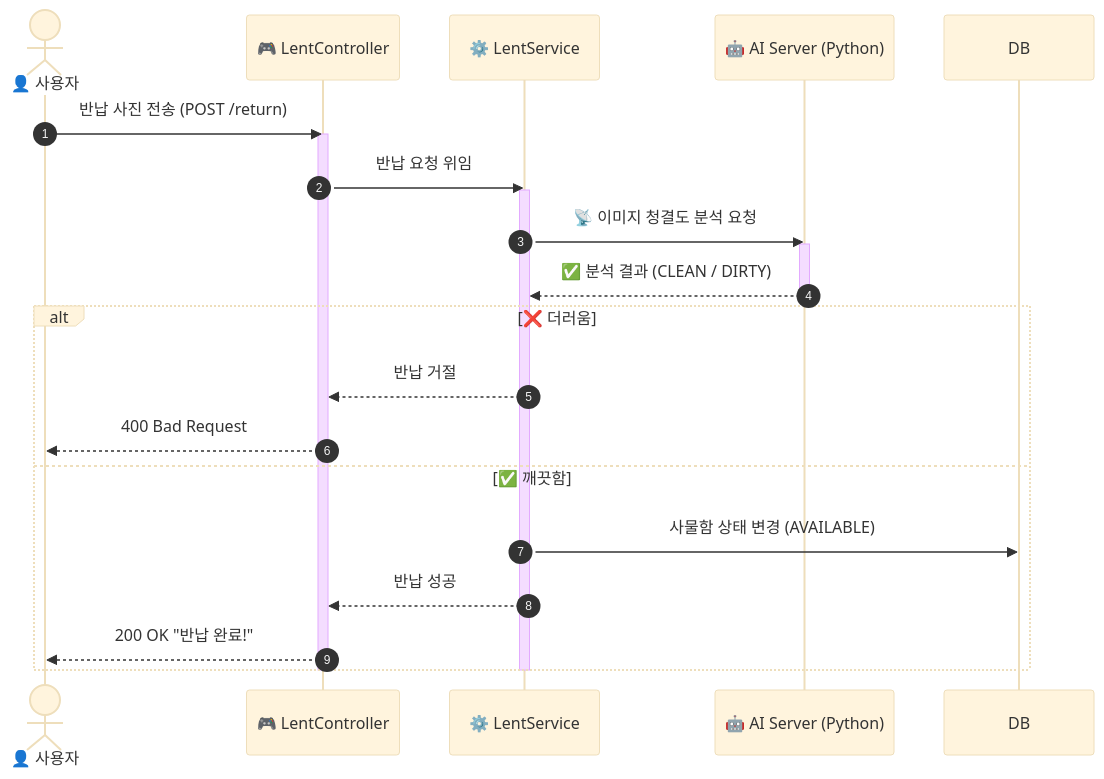
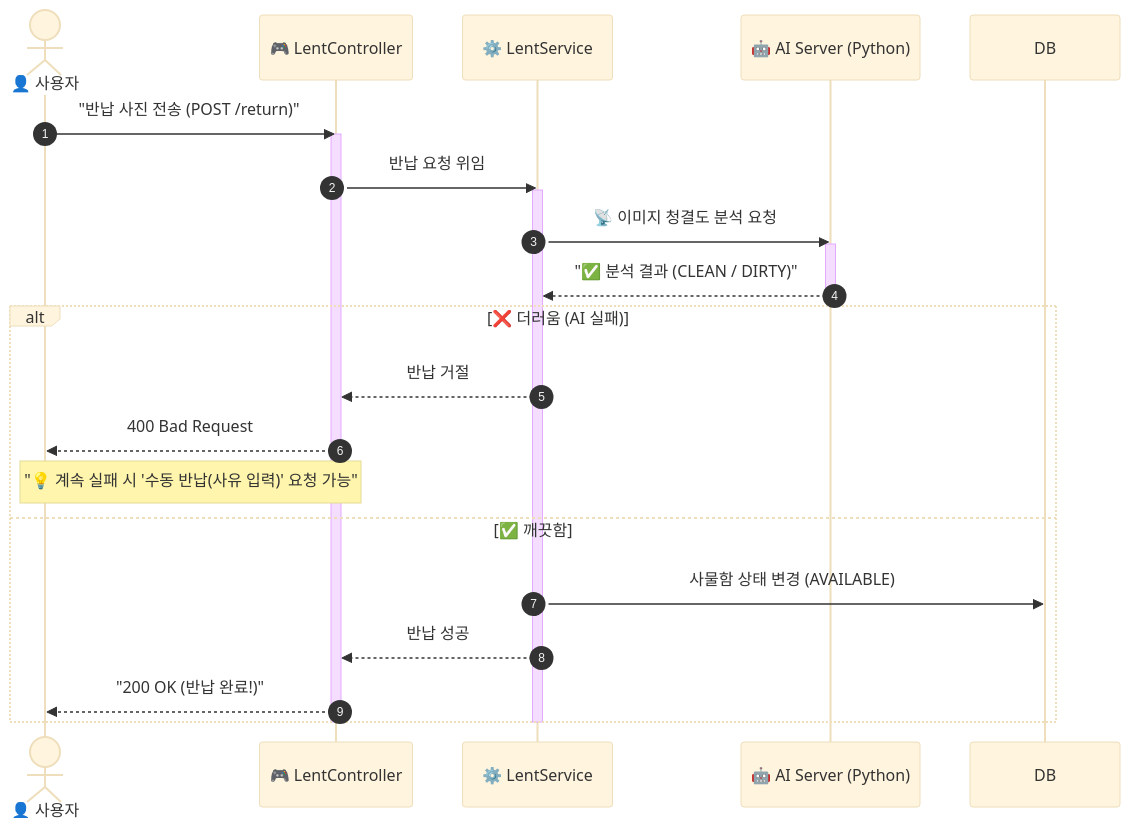
Before and after one commit to farmer0010/ft_transcendence: the fifth of 7 diagrams in backend/README.md, drawn with Mermaid (base theme). The commit also changed other lines of this file, not shown here.

````diff
--- a/backend/README.md
+++ b/backend/README.md
@@ -399,29 +403,30 @@
 ```mermaid
 sequenceDiagram
     autonumber
     actor User as 👤 사용자
     participant Controller as 🎮 LentController
     participant Service as ⚙️ LentService
     participant AI as 🤖 AI Server (Python)
 
-    User->>Controller: 반납 사진 전송 (POST /return)
+    User->>Controller: "반납 사진 전송 (POST /return)"
     activate Controller
     Controller->>Service: 반납 요청 위임
     activate Service
     
     Service->>AI: 📡 이미지 청결도 분석 요청
     activate AI
-    AI-->>Service: ✅ 분석 결과 (CLEAN / DIRTY)
+    AI-->>Service: "✅ 분석 결과 (CLEAN / DIRTY)"
     deactivate AI
 
-    alt ❌ 더러움
+    alt ❌ 더러움 (AI 실패)
         Service-->>Controller: 반납 거절
         Controller-->>User: 400 Bad Request
+        Note over User, Controller: "💡 계속 실패 시 '수동 반납(사유 입력)' 요청 가능"
     else ✅ 깨끗함
         Service->>DB: 사물함 상태 변경 (AVAILABLE)
         Service-->>Controller: 반납 성공
-        Controller-->>User: 200 OK "반납 완료!"
+        Controller-->>User: "200 OK (반납 완료!)"
     end
     deactivate Service
     deactivate Controller
 ```
````
